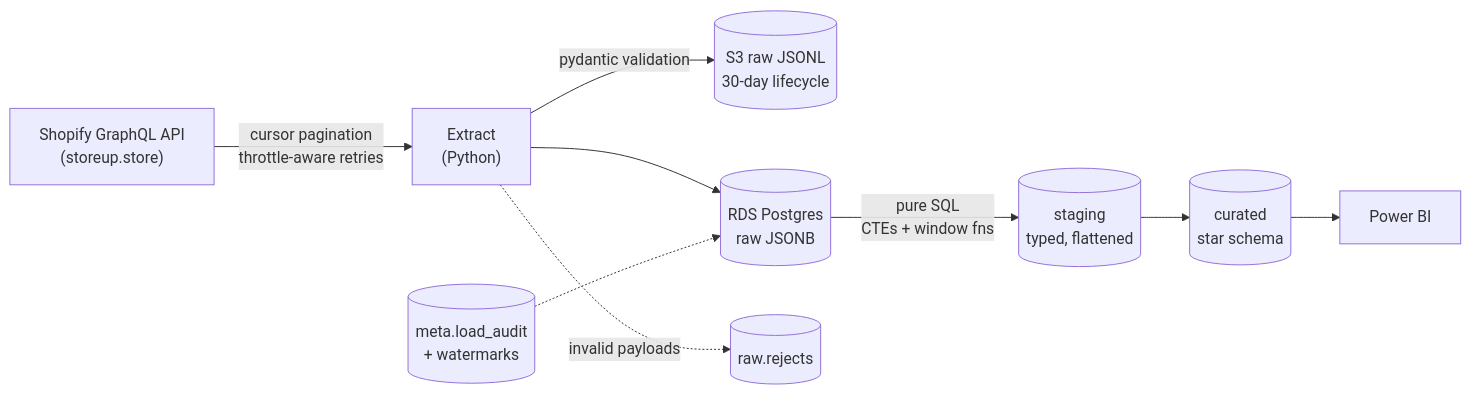
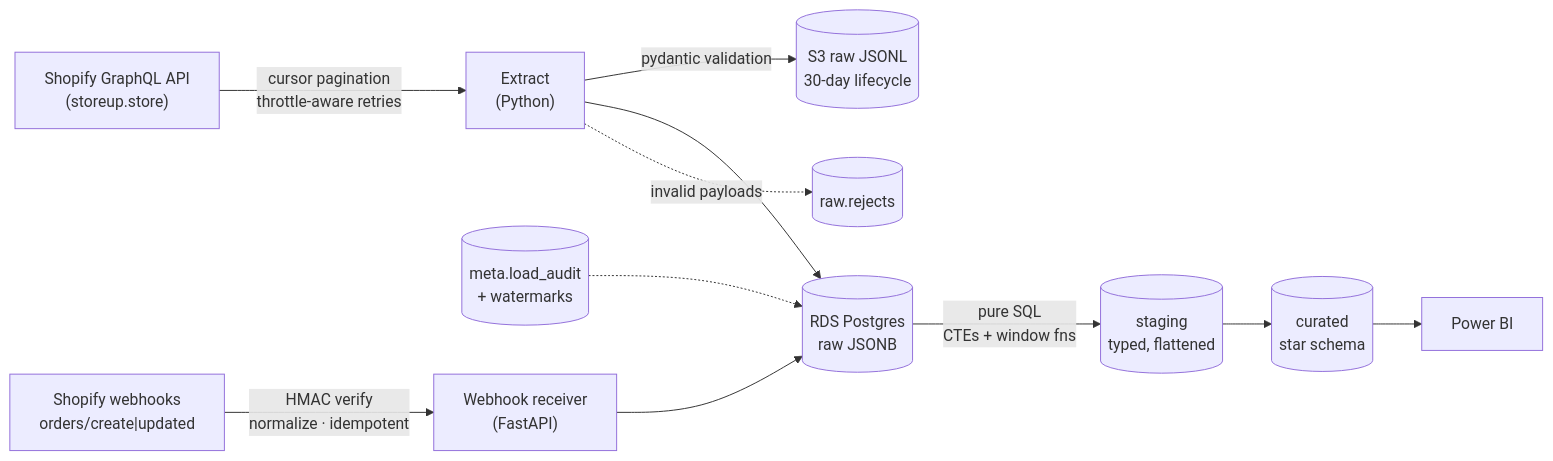
One commit to internick2017/ecommerce-data-warehouse changed the diagram in README.md. Above: the diagram before and after it, drawn with Mermaid. The commit also changed other lines of this file, not shown here.

Commit message:
docs: document Phase 2 event-driven webhook ingestion in README

````diff
--- a/README.md
+++ b/README.md
@@ -9,11 +9,13 @@
 ```mermaid
 flowchart LR
     A["Shopify GraphQL API<br/>(storeup.store)"] -->|"cursor pagination<br/>throttle-aware retries"| B["Extract<br/>(Python)"]
     B -->|"pydantic validation"| C[("S3 raw JSONL<br/>30-day lifecycle")]
     B --> D[("RDS Postgres<br/>raw JSONB")]
     D -->|"pure SQL<br/>CTEs + window fns"| E[("staging<br/>typed, flattened")]
     E --> F[("curated<br/>star schema")]
     F --> G["Power BI"]
     B -.->|"invalid payloads"| H[("raw.rejects")]
     I[("meta.load_audit<br/>+ watermarks")] -.-> D
+    SW["Shopify webhooks<br/>orders/create|updated"] -->|"HMAC verify<br/>normalize · idempotent"| W["Webhook receiver<br/>(FastAPI)"]
+    W --> D
 ```
````
